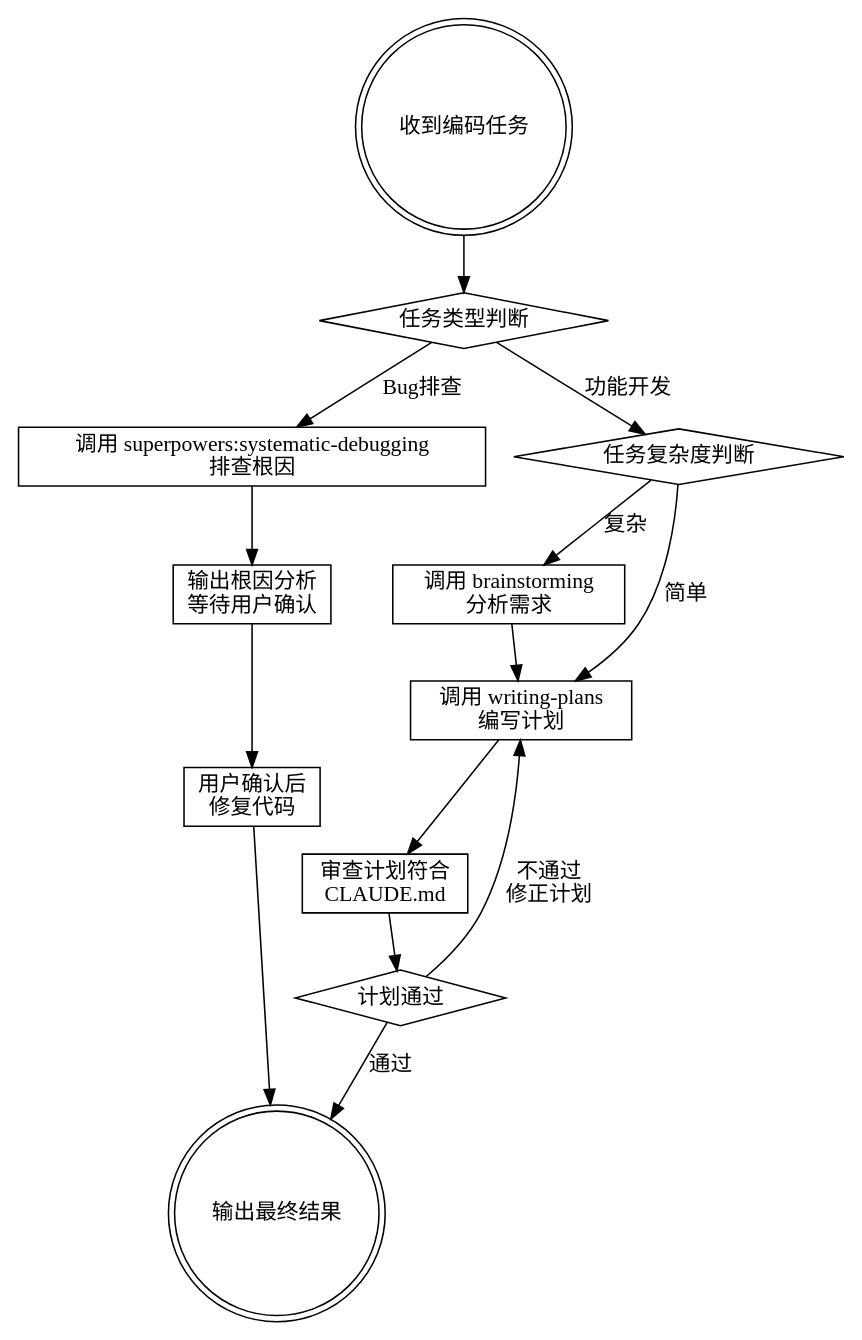
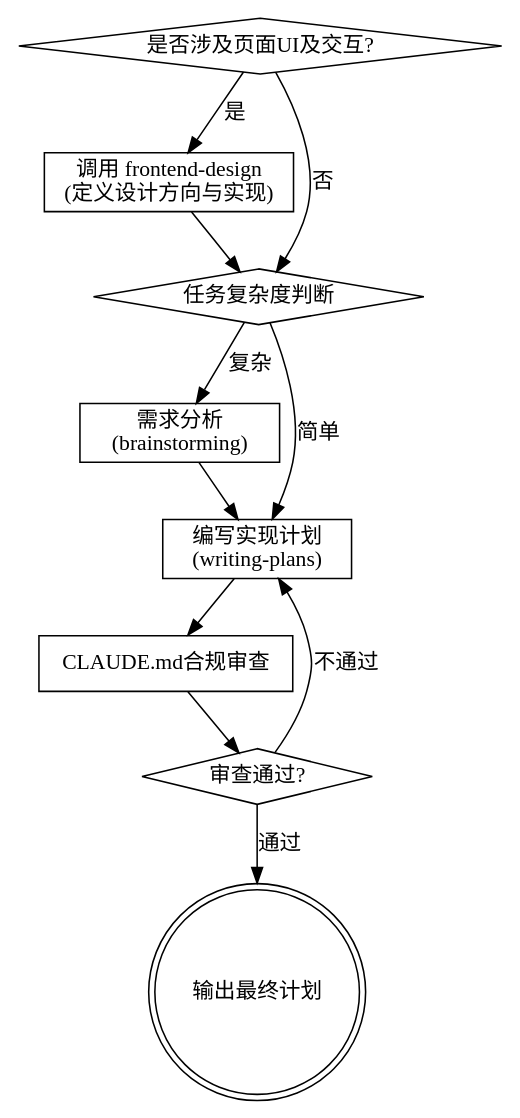
The third of 3 diagrams in packages/skills/coder-task/SKILL.md (52lu/claude-code-extend), drawn with Graphviz before and after one commit. The commit also changed other lines of this file and 3 other files, not shown here.

````diff
--- a/packages/skills/coder-task/SKILL.md
+++ b/packages/skills/coder-task/SKILL.md
@@ -12,29 +139,23 @@
 ```dot
-digraph coder_task {
-    "收到编码任务" [shape=doublecircle];
-    "任务类型判断" [shape=diamond];
-    "调用 superpowers:systematic-debugging\n排查根因" [shape=box];
-    "输出根因分析\n等待用户确认" [shape=box];
-    "用户确认后\n修复代码" [shape=box];
+digraph feature_flow {
+    "是否涉及页面UI及交互?" [shape=diamond];
+    "调用 frontend-design\n(定义设计方向与实现)" [shape=box];
     "任务复杂度判断" [shape=diamond];
-    "调用 brainstorming\n分析需求" [shape=box];
-    "调用 writing-plans\n编写计划" [shape=box];
-    "审查计划符合\nCLAUDE.md" [shape=box];
-    "计划通过" [shape=diamond];
-    "输出最终结果" [shape=doublecircle];
+    "需求分析\n(brainstorming)" [shape=box];
+    "编写实现计划\n(writing-plans)" [shape=box];
+    "CLAUDE.md合规审查" [shape=box];
+    "审查通过?" [shape=diamond];
+    "输出最终计划" [shape=doublecircle];
 
-    "收到编码任务" -> "任务类型判断";
-    "任务类型判断" -> "调用 superpowers:systematic-debugging\n排查根因" [label="Bug排查"];
-    "任务类型判断" -> "任务复杂度判断" [label="功能开发"];
-    "调用 superpowers:systematic-debugging\n排查根因" -> "输出根因分析\n等待用户确认";
-    "输出根因分析\n等待用户确认" -> "用户确认后\n修复代码";
-    "用户确认后\n修复代码" -> "输出最终结果";
-    "任务复杂度判断" -> "调用 brainstorming\n分析需求" [label="复杂"];
-    "任务复杂度判断" -> "调用 writing-plans\n编写计划" [label="简单"];
-    "调用 brainstorming\n分析需求" -> "调用 writing-plans\n编写计划";
-    "调用 writing-plans\n编写计划" -> "审查计划符合\nCLAUDE.md";
-    "审查计划符合\nCLAUDE.md" -> "计划通过";
-    "计划通过" -> "输出最终结果" [label="通过"];
-    "计划通过" -> "调用 writing-plans\n编写计划" [label="不通过\n修正计划"];
-    }
+    "是否涉及页面UI及交互?" -> "调用 frontend-design\n(定义设计方向与实现)" [label="是"];
+    "是否涉及页面UI及交互?" -> "任务复杂度判断" [label="否"];
+    "调用 frontend-design\n(定义设计方向与实现)" -> "任务复杂度判断";
+    "任务复杂度判断" -> "需求分析\n(brainstorming)" [label="复杂"];
+    "任务复杂度判断" -> "编写实现计划\n(writing-plans)" [label="简单"];
+    "需求分析\n(brainstorming)" -> "编写实现计划\n(writing-plans)";
+    "编写实现计划\n(writing-plans)" -> "CLAUDE.md合规审查";
+    "CLAUDE.md合规审查" -> "审查通过?";
+    "审查通过?" -> "输出最终计划" [label="通过"];
+    "审查通过?" -> "编写实现计划\n(writing-plans)" [label="不通过"];
+}
 ```
````
